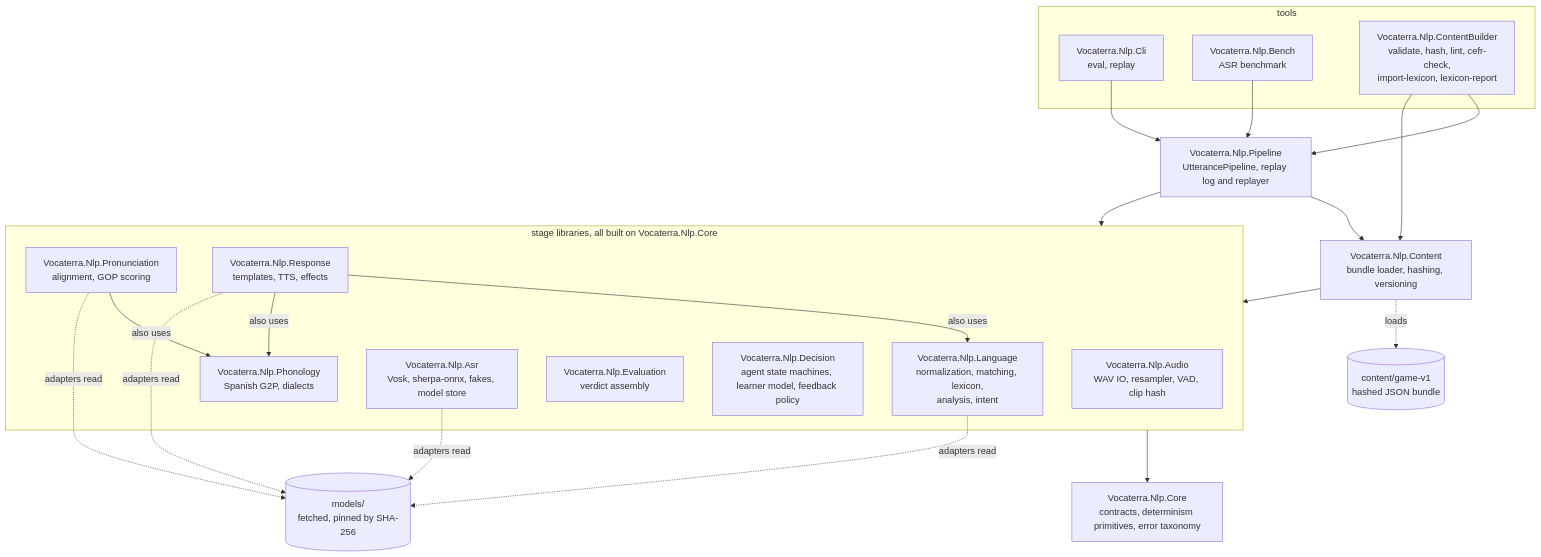
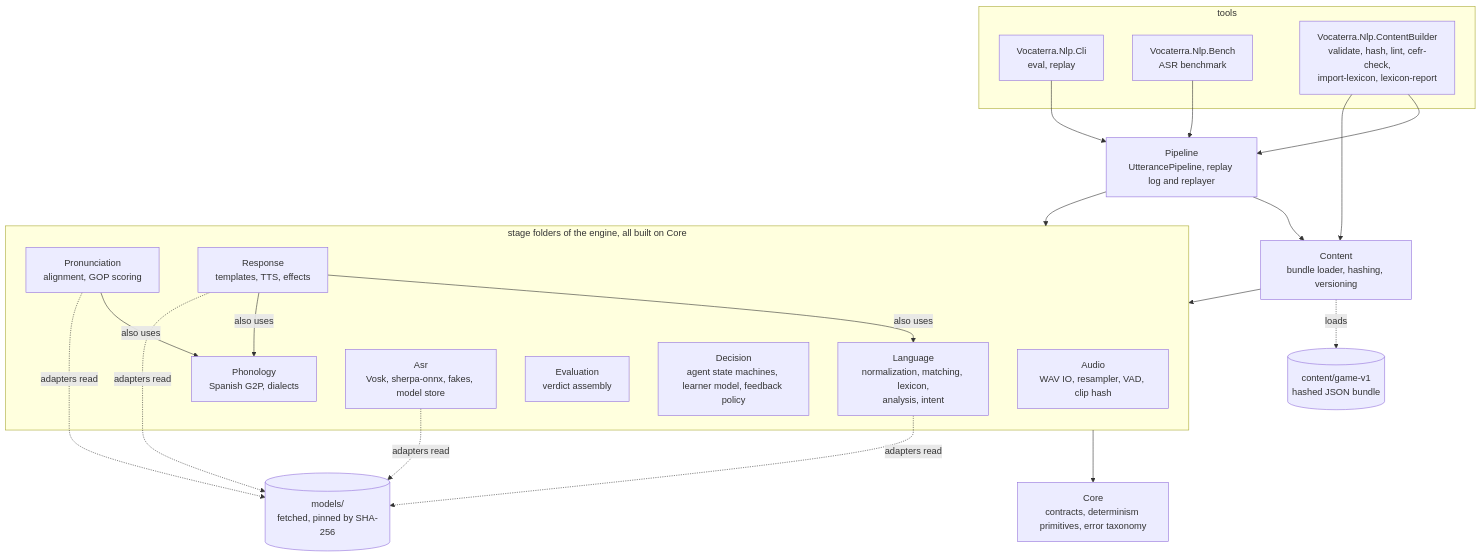
One commit to james-d12/Vocaterra changed the diagram in docs/nlp/README.md. Above: the diagram before and after it, drawn with Mermaid. The commit also changed other lines of this file and 12 other files, not shown here.

````diff
--- a/docs/nlp/README.md
+++ b/docs/nlp/README.md
@@ -23,40 +23,40 @@
 ```mermaid
 flowchart TD
     subgraph TOOLS[tools]
         CLI[Vocaterra.Nlp.Cli<br/>eval, replay]
         BENCH[Vocaterra.Nlp.Bench<br/>ASR benchmark]
         BUILDER[Vocaterra.Nlp.ContentBuilder<br/>validate, hash, lint, cefr-check,<br/>import-lexicon, lexicon-report]
     end
-    PIPE[Vocaterra.Nlp.Pipeline<br/>UtterancePipeline, replay log and replayer]
-    CONTENT[Vocaterra.Nlp.Content<br/>bundle loader, hashing, versioning]
-    subgraph STAGES[stage libraries, all built on Vocaterra.Nlp.Core]
-        AUDIO[Vocaterra.Nlp.Audio<br/>WAV IO, resampler, VAD, clip hash]
-        PHON[Vocaterra.Nlp.Phonology<br/>Spanish G2P, dialects]
-        NLP[Vocaterra.Nlp.Language<br/>normalization, matching, lexicon,<br/>analysis, intent]
-        PRON[Vocaterra.Nlp.Pronunciation<br/>alignment, GOP scoring]
-        ASR[Vocaterra.Nlp.Asr<br/>Vosk, sherpa-onnx, fakes, model store]
-        EVAL[Vocaterra.Nlp.Evaluation<br/>verdict assembly]
-        DEC[Vocaterra.Nlp.Decision<br/>agent state machines, learner model, feedback policy]
-        RESP[Vocaterra.Nlp.Response<br/>templates, TTS, effects]
+    PIPE[Pipeline<br/>UtterancePipeline, replay log and replayer]
+    CONTENT[Content<br/>bundle loader, hashing, versioning]
+    subgraph STAGES[stage folders of the engine, all built on Core]
+        AUDIO[Audio<br/>WAV IO, resampler, VAD, clip hash]
+        PHON[Phonology<br/>Spanish G2P, dialects]
+        NLP[Language<br/>normalization, matching, lexicon,<br/>analysis, intent]
+        PRON[Pronunciation<br/>alignment, GOP scoring]
+        ASR[Asr<br/>Vosk, sherpa-onnx, fakes, model store]
+        EVAL[Evaluation<br/>verdict assembly]
+        DEC[Decision<br/>agent state machines, learner model, feedback policy]
+        RESP[Response<br/>templates, TTS, effects]
     end
-    CORE[Vocaterra.Nlp.Core<br/>contracts, determinism primitives, error taxonomy]
+    CORE[Core<br/>contracts, determinism primitives, error taxonomy]
     BUNDLE[(content/game-v1<br/>hashed JSON bundle)]
     MODELS[(models/<br/>fetched, pinned by SHA-256)]
 
     CLI --> PIPE
     BENCH --> PIPE
     BUILDER --> PIPE
     BUILDER --> CONTENT
     PIPE --> CONTENT
     PIPE --> STAGES
     CONTENT --> STAGES
     STAGES --> CORE
     PRON -->|also uses| PHON
     RESP -->|also uses| NLP
     RESP -->|also uses| PHON
     CONTENT -.->|loads| BUNDLE
     ASR -.->|adapters read| MODELS
     PRON -.->|adapters read| MODELS
     NLP -.->|adapters read| MODELS
     RESP -.->|adapters read| MODELS
 ```
````
